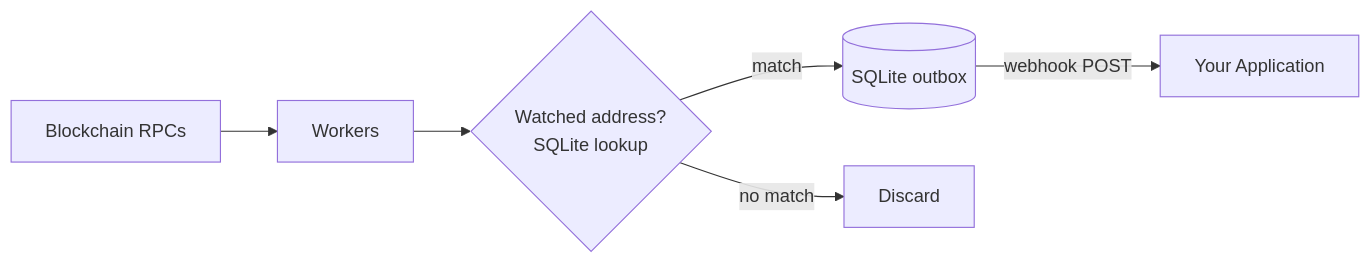
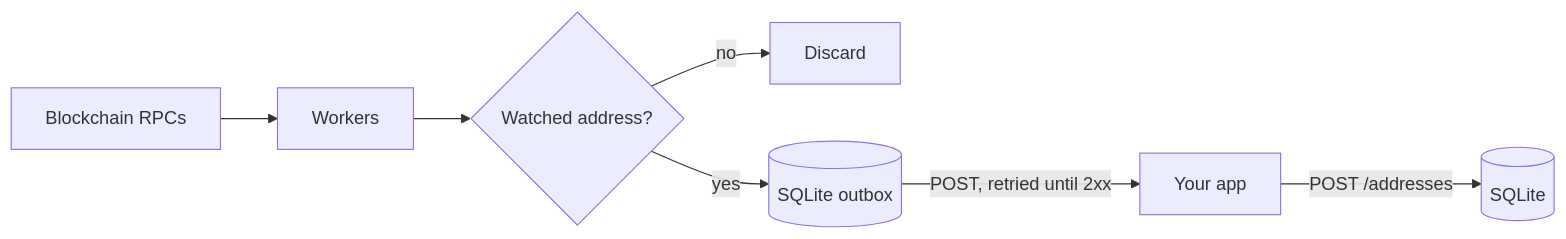
Before and after one commit to xnoname79/multichain-indexer: the diagram in README.md, drawn with Mermaid. The commit also changed other lines of this file, not shown here.

````diff
--- a/README.md
+++ b/README.md
@@ -37,8 +14,9 @@
 ```mermaid
 flowchart LR
     RPC[Blockchain RPCs] --> W[Workers]
-    W --> DB{Watched address?<br/>SQLite lookup}
-    DB -->|match| OUT[(SQLite outbox)]
-    DB -->|no match| DROP[Discard]
-    OUT -->|webhook POST| APP[Your Application]
+    W --> M{Watched address?}
+    M -->|no| DROP[Discard]
+    M -->|yes| OUT[(SQLite outbox)]
+    OUT -->|POST, retried until 2xx| APP[Your app]
+    APP -->|POST /addresses| DB[(SQLite)]
 ```
````
